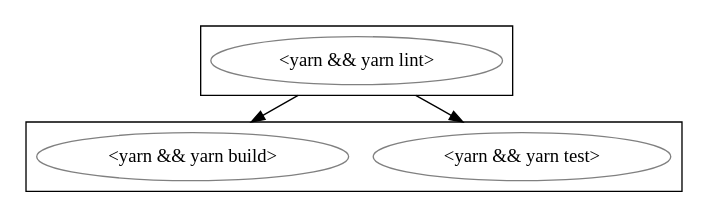
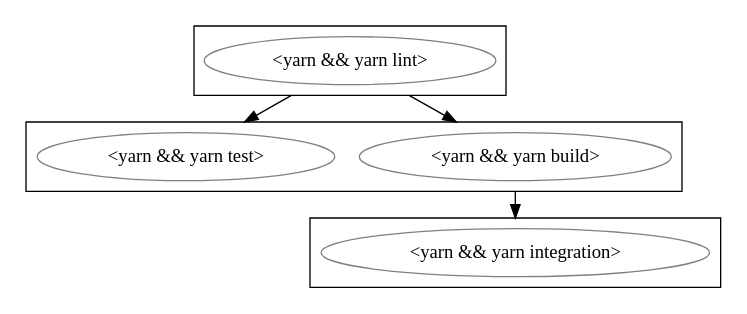
Before and after one commit to joscha/buildkite-graph: the diagram in README.md, drawn with Graphviz. The commit also changed other lines of this file and 1 other file, not shown here.

````diff
--- a/README.md
+++ b/README.md
@@ -59,21 +66,28 @@
 ```dot
 digraph "My pipeline" {
   graph [ compound =true ];
 subgraph cluster_0 {
   graph [ color = "black" ];
   "<yarn && yarn lint>" [ color = "grey" ];
 }
 
 subgraph cluster_1 {
   graph [ color = "black" ];
+  "<yarn && yarn build>" [ color = "grey" ];
   "<yarn && yarn test>" [ color = "grey" ];
-  "<yarn && yarn build>" [ color = "grey" ];
+}
+
+subgraph cluster_2 {
+  graph [ color = "black" ];
+  "<yarn && yarn integration>" [ color = "grey" ];
 }
 
   "<yarn && yarn lint>";
+  "<yarn && yarn build>";
   "<yarn && yarn test>";
-  "<yarn && yarn build>";
+  "<yarn && yarn integration>";
+  "<yarn && yarn lint>" -> "<yarn && yarn build>" [ ltail = "cluster_0", lhead = "cluster_1" ];
   "<yarn && yarn lint>" -> "<yarn && yarn test>" [ ltail = "cluster_0", lhead = "cluster_1" ];
-  "<yarn && yarn lint>" -> "<yarn && yarn build>" [ ltail = "cluster_0", lhead = "cluster_1" ];
+  "<yarn && yarn build>" -> "<yarn && yarn integration>" [ ltail = "cluster_1", lhead = "cluster_2" ];
 }
 ```
````
